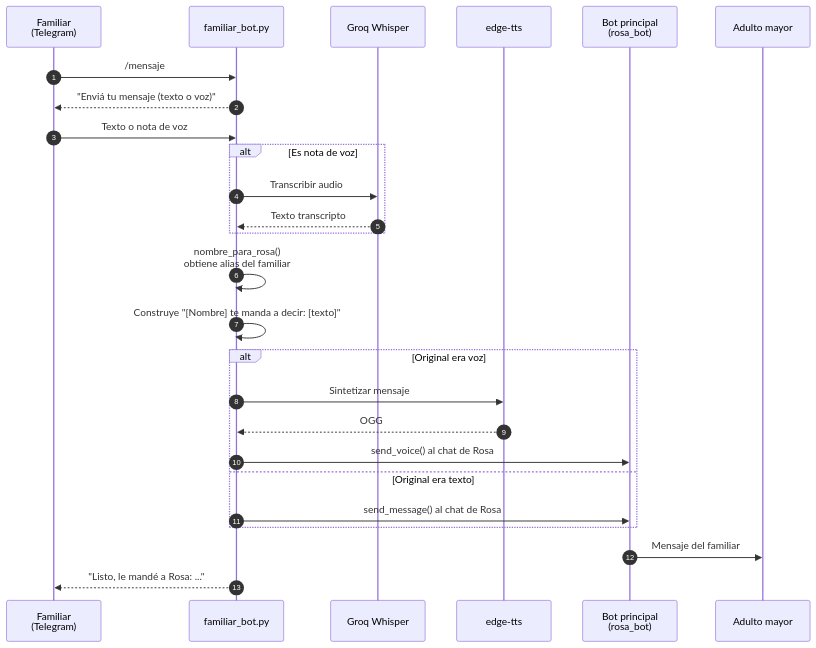
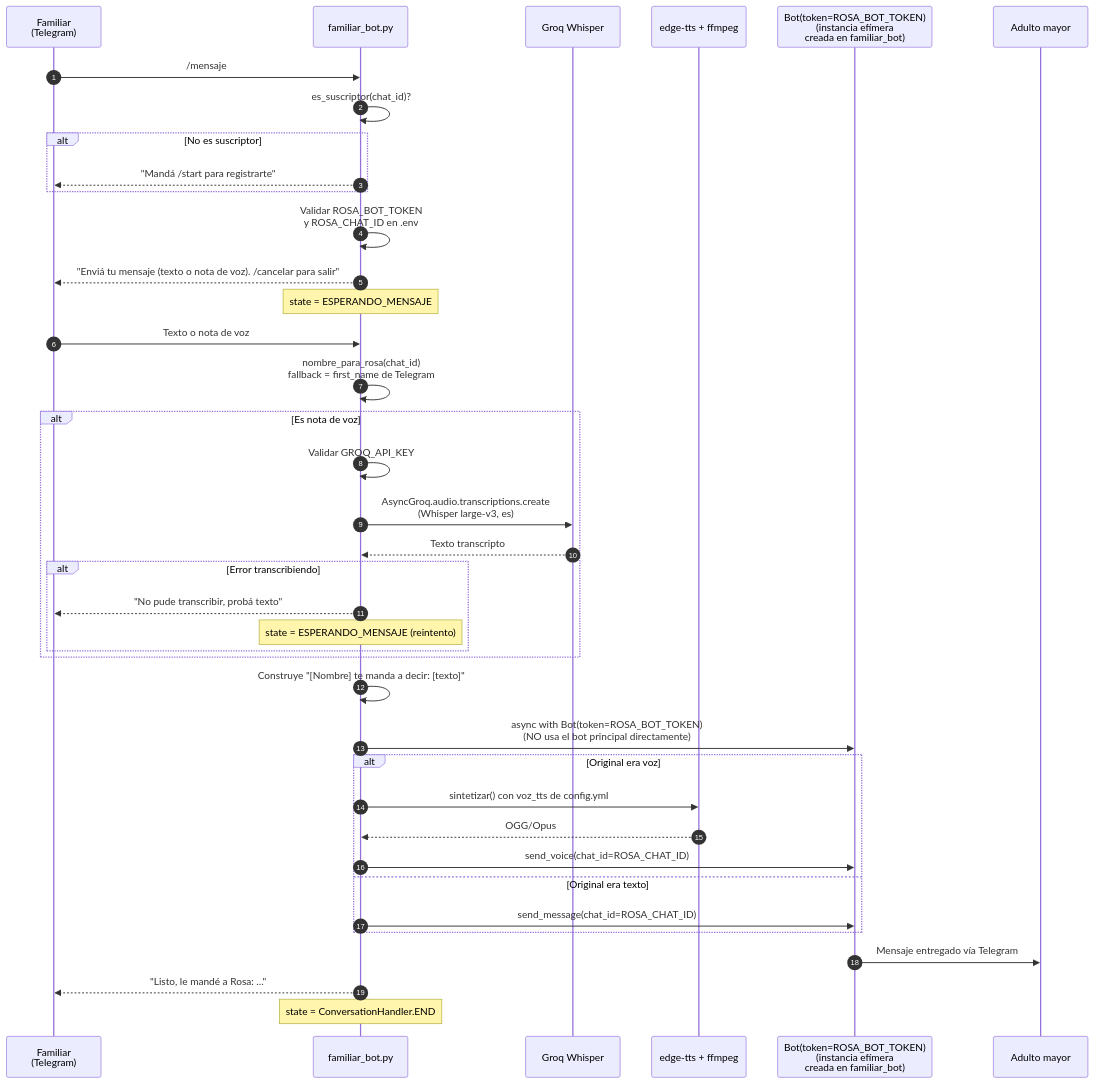
Before and after one commit to geermaanv/aikiu: the fourth of 8 diagrams in README.md, drawn with Mermaid. The commit also changed other lines of this file, not shown here.

````diff
--- a/README.md
+++ b/README.md
@@ -215,33 +271,47 @@
 ```mermaid
 sequenceDiagram
     autonumber
     participant FAM as Familiar<br/>(Telegram)
     participant FB as familiar_bot.py
     participant G as Groq Whisper
-    participant TTS as edge-tts
-    participant RB as Bot principal<br/>(rosa_bot)
+    participant TTS as edge-tts + ffmpeg
+    participant RB as Bot(token=ROSA_BOT_TOKEN)<br/>(instancia efímera<br/>creada en familiar_bot)
     participant U as Adulto mayor
 
     FAM->>FB: /mensaje
-    FB-->>FAM: "Enviá tu mensaje (texto o voz)"
+    FB->>FB: es_suscriptor(chat_id)?
+    alt No es suscriptor
+        FB-->>FAM: "Mandá /start para registrarte"
+    end
+    FB->>FB: Validar ROSA_BOT_TOKEN<br/>y ROSA_CHAT_ID en .env
+    FB-->>FAM: "Enviá tu mensaje (texto o nota de voz). /cancelar para salir"
+    Note over FB: state = ESPERANDO_MENSAJE
+
     FAM->>FB: Texto o nota de voz
+    FB->>FB: nombre_para_rosa(chat_id)<br/>fallback = first_name de Telegram
 
     alt Es nota de voz
-        FB->>G: Transcribir audio
+        FB->>FB: Validar GROQ_API_KEY
+        FB->>G: AsyncGroq.audio.transcriptions.create<br/>(Whisper large-v3, es)
         G-->>FB: Texto transcripto
+        alt Error transcribiendo
+            FB-->>FAM: "No pude transcribir, probá texto"
+            Note over FB: state = ESPERANDO_MENSAJE (reintento)
+        end
     end
 
-    FB->>FB: nombre_para_rosa()<br/>obtiene alias del familiar
     FB->>FB: Construye "[Nombre] te manda a decir: [texto]"
 
+    FB->>RB: async with Bot(token=ROSA_BOT_TOKEN)<br/>(NO usa el bot principal directamente)
     alt Original era voz
-        FB->>TTS: Sintetizar mensaje
-        TTS-->>FB: OGG
-        FB->>RB: send_voice() al chat de Rosa
+        FB->>TTS: sintetizar() con voz_tts de config.yml
+        TTS-->>FB: OGG/Opus
+        FB->>RB: send_voice(chat_id=ROSA_CHAT_ID)
     else Original era texto
-        FB->>RB: send_message() al chat de Rosa
+        FB->>RB: send_message(chat_id=ROSA_CHAT_ID)
     end
+    RB->>U: Mensaje entregado vía Telegram
 
-    RB->>U: Mensaje del familiar
     FB-->>FAM: "Listo, le mandé a Rosa: ..."
+    Note over FB: state = ConversationHandler.END
 ```
````
